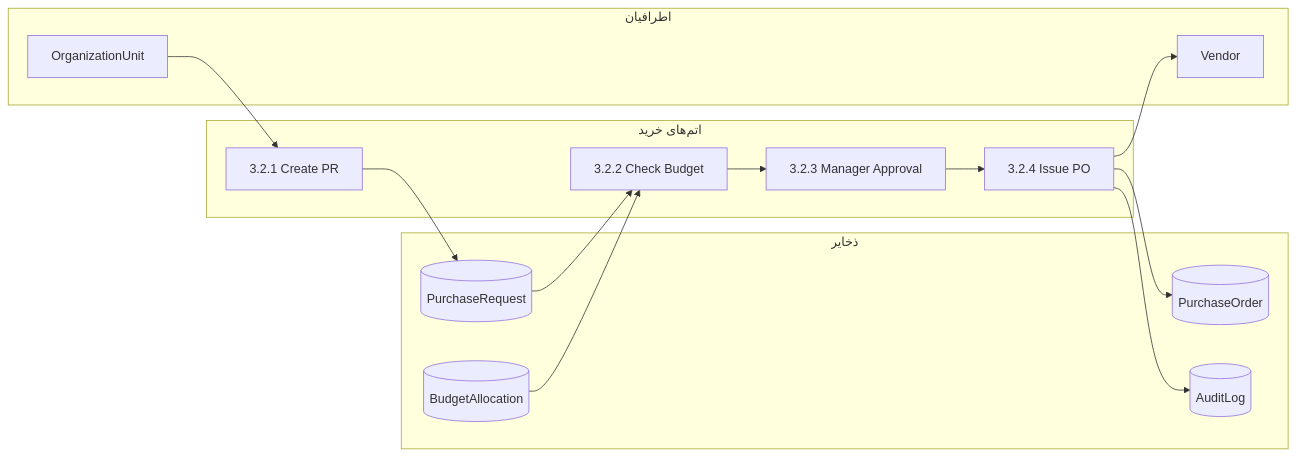
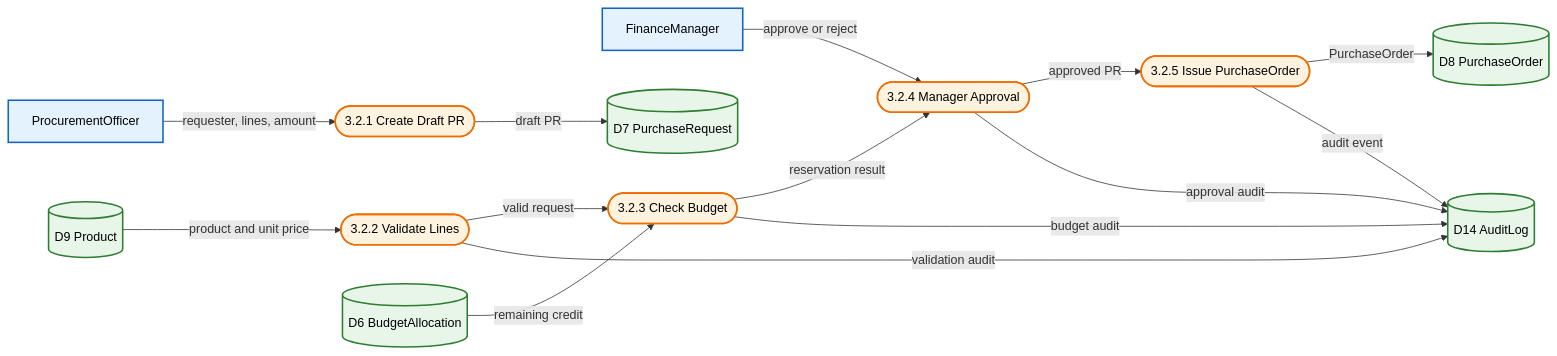
One commit to Shakour-Data/BedaanWaves changed the tenth of 11 diagrams in docs/02_architecture/ARCH_integrated-hr-finance-procurement-dfd_v1.md. Above: the diagram before and after it, drawn with Mermaid. The commit also changed other lines of this file and 3 other files, not shown here.

Commit message:
Update architecture BPMN, DFD, UML state machine, and add structural diagram

````diff
--- a/docs/02_architecture/ARCH_integrated-hr-finance-procurement-dfd_v1.md
+++ b/docs/02_architecture/ARCH_integrated-hr-finance-procurement-dfd_v1.md
@@ -379,28 +478,33 @@
 ```mermaid
 flowchart LR
-    subgraph External ["اطرافیان"]
-        MGR[OrganizationUnit]
-        VEN[Vendor]
-    end
-    subgraph Stores ["ذخایر"]
-        S1[(PurchaseRequest)]
-        S2[(BudgetAllocation)]
-        S3[(PurchaseOrder)]
-        S4[(AuditLog)]
-    end
-    subgraph Processes ["اتم‌های خرید"]
-        T1[3.2.1 Create PR]
-        T2[3.2.2 Check Budget]
-        T3[3.2.3 Manager Approval]
-        T4[3.2.4 Issue PO]
-    end
-    MGR --> T1
-    T1 --> S1
-    S1 --> T2
-    S2 --> T2
-    T2 --> T3
-    T3 --> T4
-    T4 --> S3
-    T4 --> VEN
-    T4 --> S4
+    classDef entity fill:#E3F2FD,stroke:#1565C0,stroke-width:2px,color:#000;
+    classDef process fill:#FFF3E0,stroke:#EF6C00,stroke-width:2px,color:#000;
+    classDef store fill:#E8F5E9,stroke:#2E7D32,stroke-width:2px,color:#000;
+
+    PROC[ProcurementOfficer]:::entity
+    FIN[FinanceManager]:::entity
+    T1([3.2.1 Create Draft PR]):::process
+    T2([3.2.2 Validate Lines]):::process
+    T3([3.2.3 Check Budget]):::process
+    T4([3.2.4 Manager Approval]):::process
+    T5([3.2.5 Issue PurchaseOrder]):::process
+    D7[(D7 PurchaseRequest)]:::store
+    D6[(D6 BudgetAllocation)]:::store
+    D8[(D8 PurchaseOrder)]:::store
+    D9[(D9 Product)]:::store
+    D14[(D14 AuditLog)]:::store
+
+    PROC -->|requester, lines, amount| T1
+    T1 -->|draft PR| D7
+    D9 -->|product and unit price| T2
+    T2 -->|valid request| T3
+    D6 -->|remaining credit| T3
+    T3 -->|reservation result| T4
+    FIN -->|approve or reject| T4
+    T4 -->|approved PR| T5
+    T5 -->|PurchaseOrder| D8
+    T5 -->|audit event| D14
+    T2 -->|validation audit| D14
+    T3 -->|budget audit| D14
+    T4 -->|approval audit| D14
 ```
````
